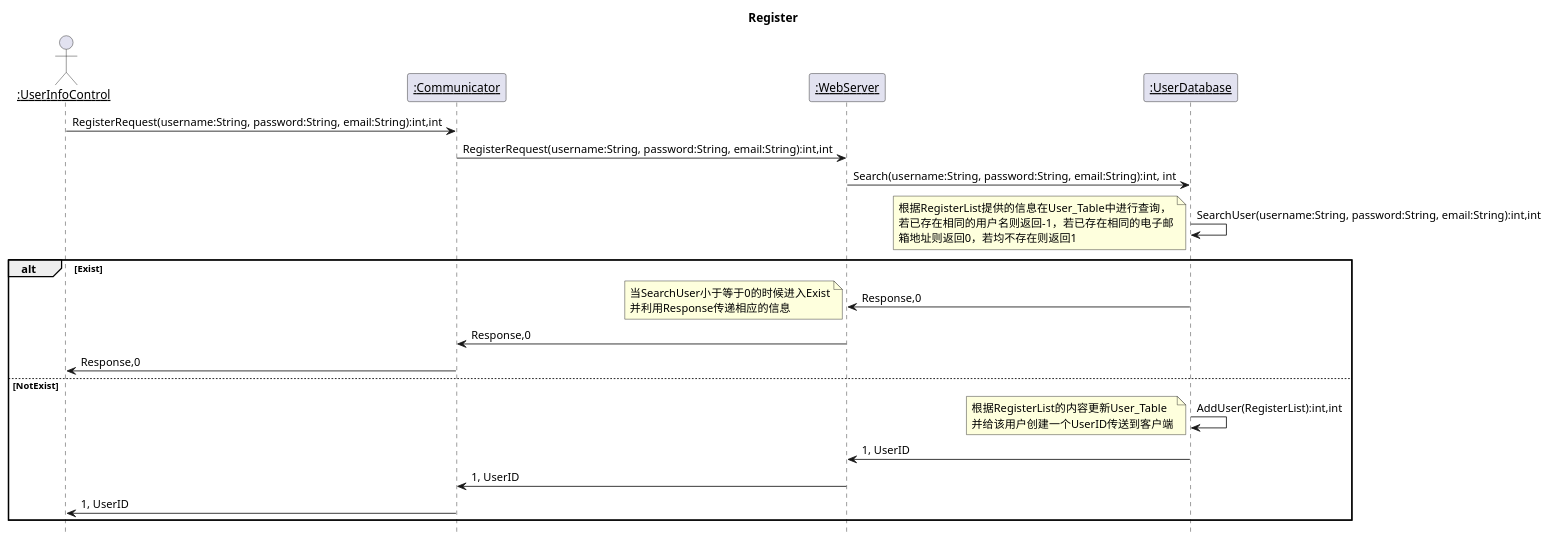
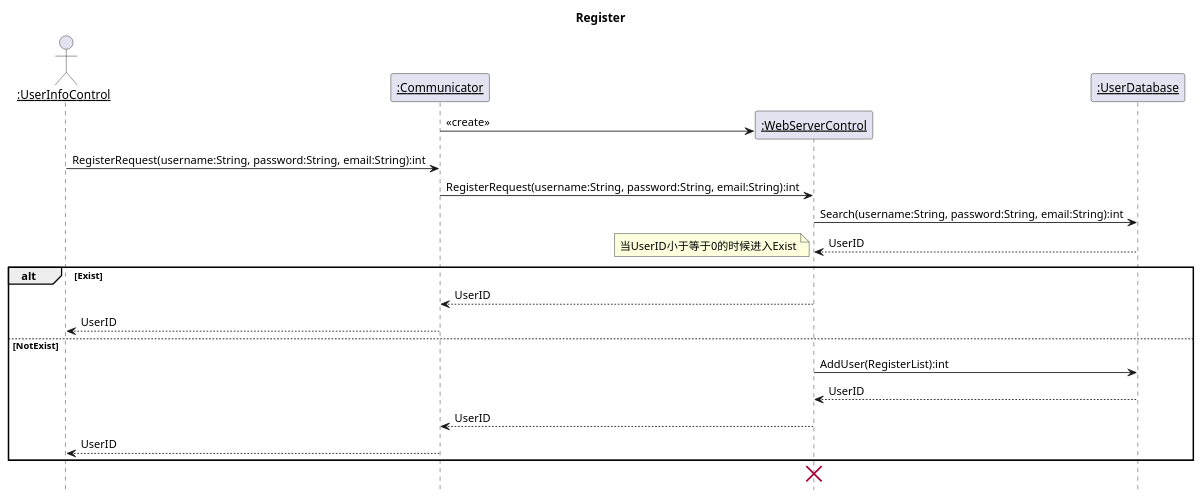
The third of 39 diagrams in 设计/顺序图.md (kpp19920121/doc), drawn with PlantUML before and after one commit. The commit also changed other lines of this file, not shown here.

Commit message:
更新了含服务器端部分的顺序图

````diff
--- a/设计/顺序图.md
+++ b/设计/顺序图.md
@@ -79,28 +79,31 @@
 ```PlantUML
 @startuml Diagrams/RegisterServerSequence
 hide footbox
 skinparam sequenceParticipant underline
 title Register
 actor ":UserInfoControl" as Client
 participant ":Communicator" as Communicator
-participant ":WebServer" as WebServer
+participant ":WebServerControl" as WebServer
 participant ":UserDatabase" as UserDatabase
-Client->Communicator:RegisterRequest(username:String, password:String, email:String):int,int
-Communicator->WebServer:RegisterRequest(username:String, password:String, email:String):int,int
-WebServer->UserDatabase:Search(username:String, password:String, email:String):int, int
-UserDatabase->UserDatabase:SearchUser(username:String, password:String, email:String):int,int
-note left: 根据RegisterList提供的信息在User_Table中进行查询，\n若已存在相同的用户名则返回-1，若已存在相同的电子邮\n箱地址则返回0，若均不存在则返回1
+create WebServer
+Communicator->WebServer:<<create>>
+Client->Communicator:RegisterRequest(username:String, password:String, email:String):int
+
+Communicator->WebServer:RegisterRequest(username:String, password:String, email:String):int
+WebServer->UserDatabase:Search(username:String, password:String, email:String):int
+UserDatabase-->WebServer:UserID
+
 alt Exist
-  UserDatabase->WebServer:Response,0
-  note left: 当SearchUser小于等于0的时候进入Exist\n并利用Response传递相应的信息
-  WebServer->Communicator:Response,0
-  Communicator->Client:Response,0
+  note left: 当UserID小于等于0的时候进入Exist
+  WebServer-->Communicator:UserID
+  Communicator-->Client:UserID
 else NotExist
-  UserDatabase->UserDatabase:AddUser(RegisterList):int,int
-  note left: 根据RegisterList的内容更新User_Table\n并给该用户创建一个UserID传送到客户端
-  UserDatabase->WebServer:1, UserID
-  WebServer->Communicator:1, UserID
-  Communicator->Client:1, UserID
+  WebServer->UserDatabase:AddUser(RegisterList):int
+
+  UserDatabase-->WebServer:UserID
+  WebServer-->Communicator:UserID
+  Communicator-->Client:UserID
 end
+destroy WebServer
 @enduml
 ```
````
